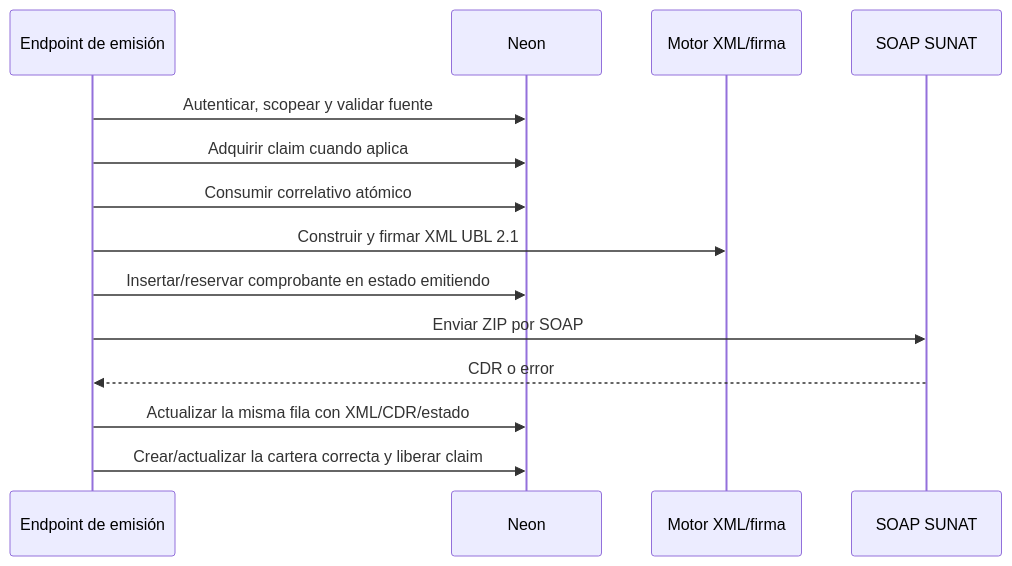
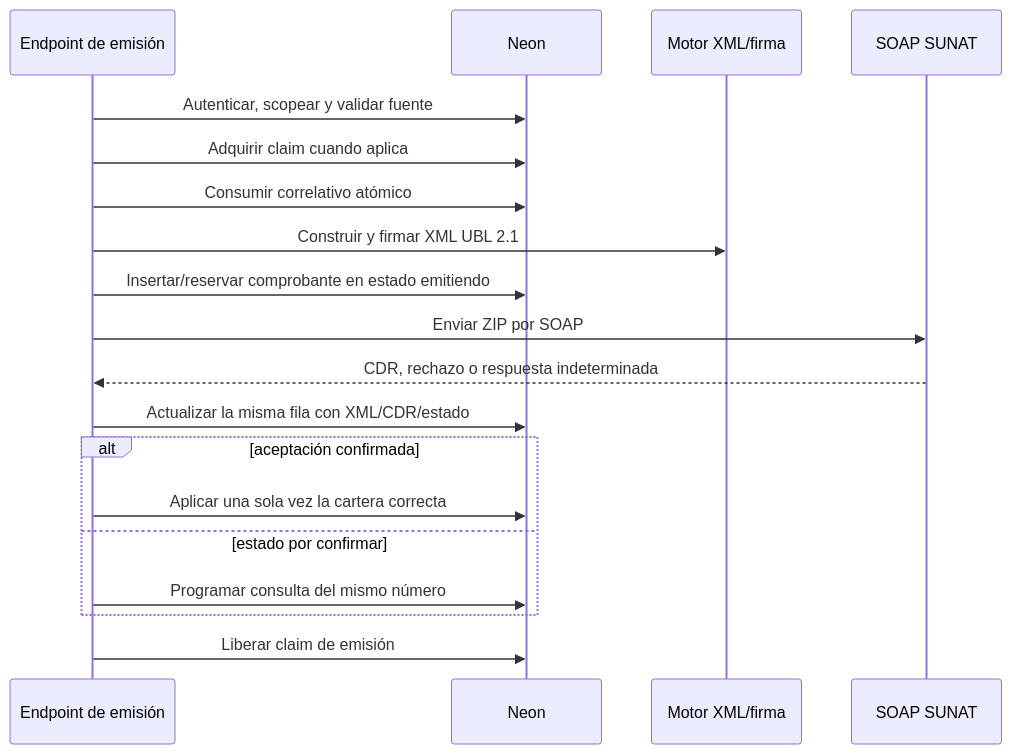
The diagram in docs/arquitectura/11-comprobantes-sunat.md (HugoHerreraCoach/transavic), drawn with Mermaid before and after one commit. The commit also changed other lines of this file and 22 other files, not shown here.

````diff
--- a/docs/arquitectura/11-comprobantes-sunat.md
+++ b/docs/arquitectura/11-comprobantes-sunat.md
@@ -45,17 +45,22 @@
 ```mermaid
 sequenceDiagram
     participant API as Endpoint de emisión
     participant DB as Neon
     participant XML as Motor XML/firma
     participant SUNAT as SOAP SUNAT
 
     API->>DB: Autenticar, scopear y validar fuente
     API->>DB: Adquirir claim cuando aplica
     API->>DB: Consumir correlativo atómico
     API->>XML: Construir y firmar XML UBL 2.1
     API->>DB: Insertar/reservar comprobante en estado emitiendo
     API->>SUNAT: Enviar ZIP por SOAP
-    SUNAT-->>API: CDR o error
+    SUNAT-->>API: CDR, rechazo o respuesta indeterminada
     API->>DB: Actualizar la misma fila con XML/CDR/estado
-    API->>DB: Crear/actualizar la cartera correcta y liberar claim
+    alt aceptación confirmada
+        API->>DB: Aplicar una sola vez la cartera correcta
+    else estado por confirmar
+        API->>DB: Programar consulta del mismo número
+    end
+    API->>DB: Liberar claim de emisión
 ```
````
